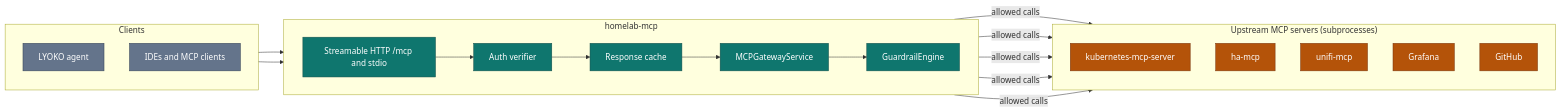
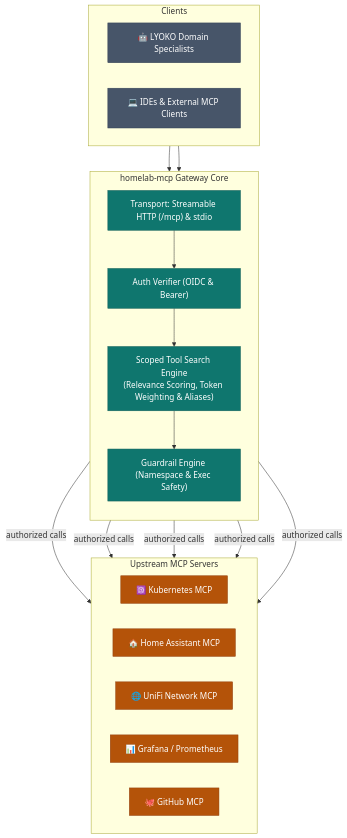
One commit to csp33/homelab-ai-ops changed the first of 2 diagrams in packages/mcps/homelab-mcp/README.md. Above: the diagram before and after it, drawn with Mermaid. The commit also changed other lines of this file and 46 other files, not shown here.

First line of the commit message:
feat(mcp,lyoko): hierarchical multi-agent supervisor, domain specialists, and scoped tool search (#22)

````diff
--- a/packages/mcps/homelab-mcp/README.md
+++ b/packages/mcps/homelab-mcp/README.md
@@ -11,37 +11,46 @@
 ```mermaid
-flowchart LR
-    subgraph IN["Clients"]
-        direction TB
-        C1[LYOKO agent]
-        C2[IDEs and MCP clients]
+flowchart TD
+    %% Inbound Clients
+    subgraph Inbound ["Clients"]
+        direction LR
+        C1["🤖 LYOKO Domain Specialists"]
+        C2["💻 IDEs & External MCP Clients"]
     end
 
-    subgraph GW["homelab-mcp"]
-        direction LR
-        T[Streamable HTTP /mcp and stdio] --> AUTH[Auth verifier]
-        AUTH --> CACHE[Response cache]
-        CACHE --> SVC[MCPGatewayService]
-        SVC --> GUARD[GuardrailEngine]
+    %% Gateway Core
+    subgraph GW ["homelab-mcp Gateway Core"]
+        direction TB
+        T["Transport: Streamable HTTP (/mcp) & stdio"]
+        AUTH["Auth Verifier (OIDC & Bearer)"]
+        SEARCH["Scoped Tool Search Engine<br/>(Relevance Scoring, Token Weighting & Aliases)"]
+        GUARD["Guardrail Engine (Namespace & Exec Safety)"]
+        
+        T --> AUTH --> SEARCH --> GUARD
     end
 
-    subgraph UP["Upstream MCP servers (subprocesses)"]
-        direction TB
-        K8S[kubernetes-mcp-server]
-        HA[ha-mcp]
-        UNIFI[unifi-mcp]
-        GRAF[Grafana]
-        GH[GitHub]
+    %% Upstreams
+    subgraph UP ["Upstream MCP Servers"]
+        direction LR
+        K8S["☸️ Kubernetes MCP"]
+        HA["🏠 Home Assistant MCP"]
+        UNIFI["🌐 UniFi Network MCP"]
+        GRAF["📊 Grafana / Prometheus"]
+        GH["🐙 GitHub MCP"]
     end
 
     C1 --> T
     C2 --> T
-    GUARD -->|allowed calls| K8S & HA & UNIFI & GRAF & GH
+    GUARD -->|"authorized calls"| K8S
+    GUARD -->|"authorized calls"| HA
+    GUARD -->|"authorized calls"| UNIFI
+    GUARD -->|"authorized calls"| GRAF
+    GUARD -->|"authorized calls"| GH
 
-    classDef client fill:#64748b,stroke:#334155,color:#fff;
-    classDef gateway fill:#0f766e,stroke:#134e4a,color:#fff;
-    classDef upstream fill:#b45309,stroke:#78350f,color:#fff;
+    classDef client fill:#475569,stroke:#334155,color:#fff;
+    classDef gateway fill:#0f766e,stroke:#115e59,color:#fff;
+    classDef upstream fill:#b45309,stroke:#92400e,color:#fff;
 
     class C1,C2 client;
-    class T,AUTH,CACHE,SVC,GUARD gateway;
+    class T,AUTH,SEARCH,GUARD gateway;
     class K8S,HA,UNIFI,GRAF,GH upstream;
 ```
````
